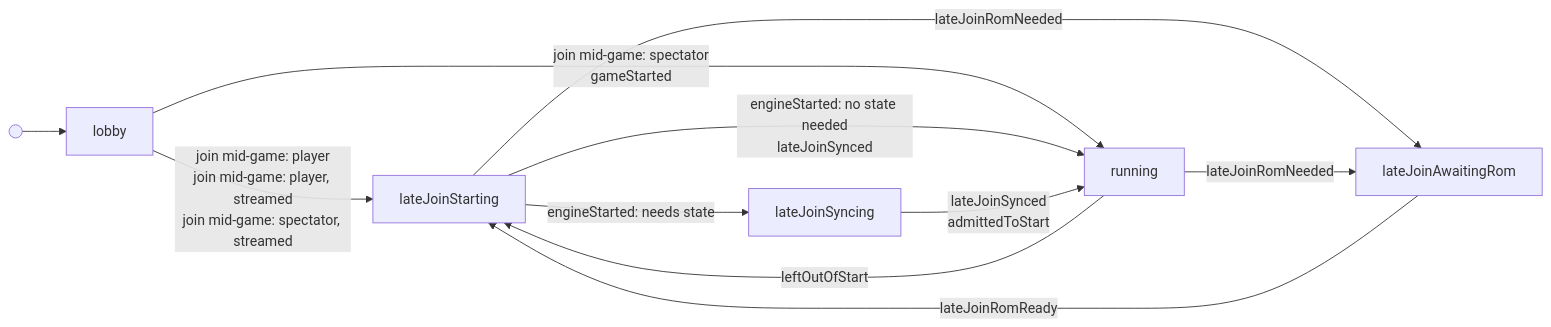
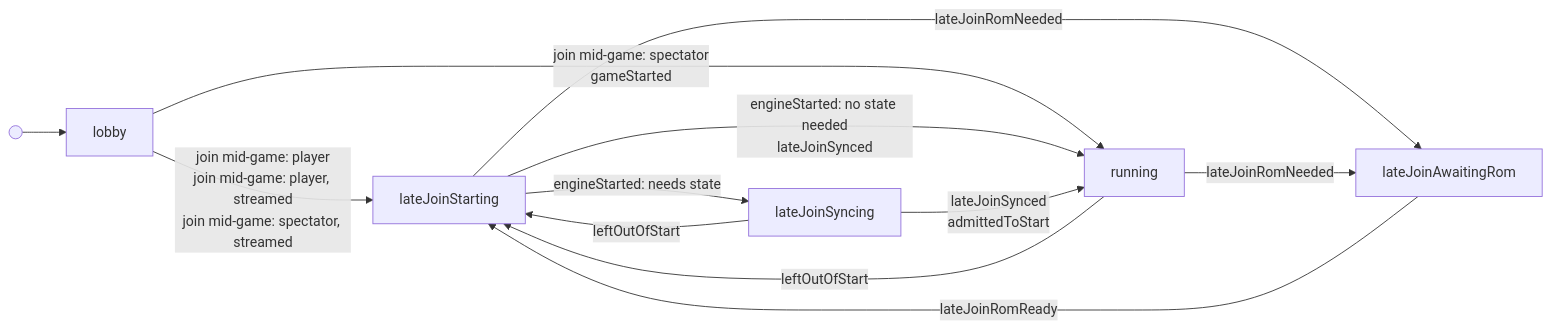
Before and after one commit to kwilson21/kaillera-next: the first of 2 diagrams in docs/session-machine.md, drawn with Mermaid. The commit also changed 15 other files, not shown here.

````diff
--- a/docs/session-machine.md
+++ b/docs/session-machine.md
@@ -6,13 +6,14 @@
 ```mermaid
 flowchart LR
   start(( )) --> lobby
   lobby -->|"join mid-game: player<br/>join mid-game: player, streamed<br/>join mid-game: spectator, streamed"| lateJoinStarting
   lobby -->|"join mid-game: spectator<br/>gameStarted"| running
   lateJoinStarting -->|"lateJoinRomNeeded"| lateJoinAwaitingRom
   lateJoinStarting -->|"engineStarted: needs state"| lateJoinSyncing
   lateJoinStarting -->|"engineStarted: no state needed<br/>lateJoinSynced"| running
   running -->|"lateJoinRomNeeded"| lateJoinAwaitingRom
   running -->|"leftOutOfStart"| lateJoinStarting
   lateJoinAwaitingRom -->|"lateJoinRomReady"| lateJoinStarting
+  lateJoinSyncing -->|"leftOutOfStart"| lateJoinStarting
   lateJoinSyncing -->|"lateJoinSynced<br/>admittedToStart"| running
 ```
````
